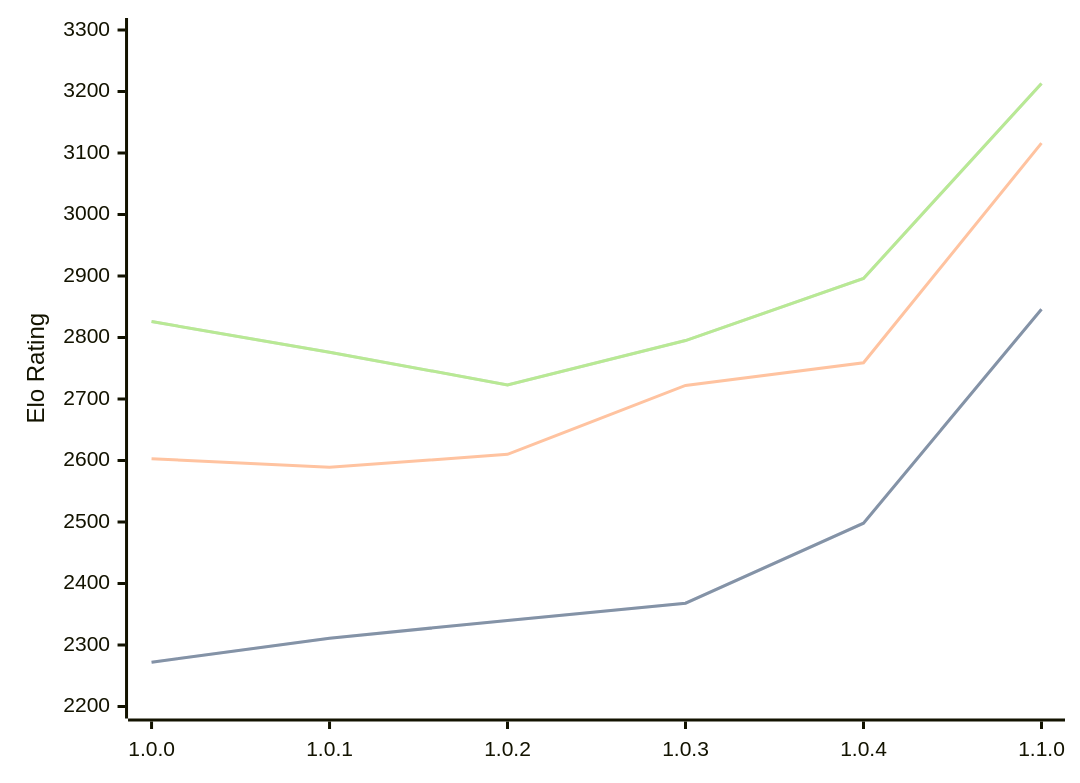
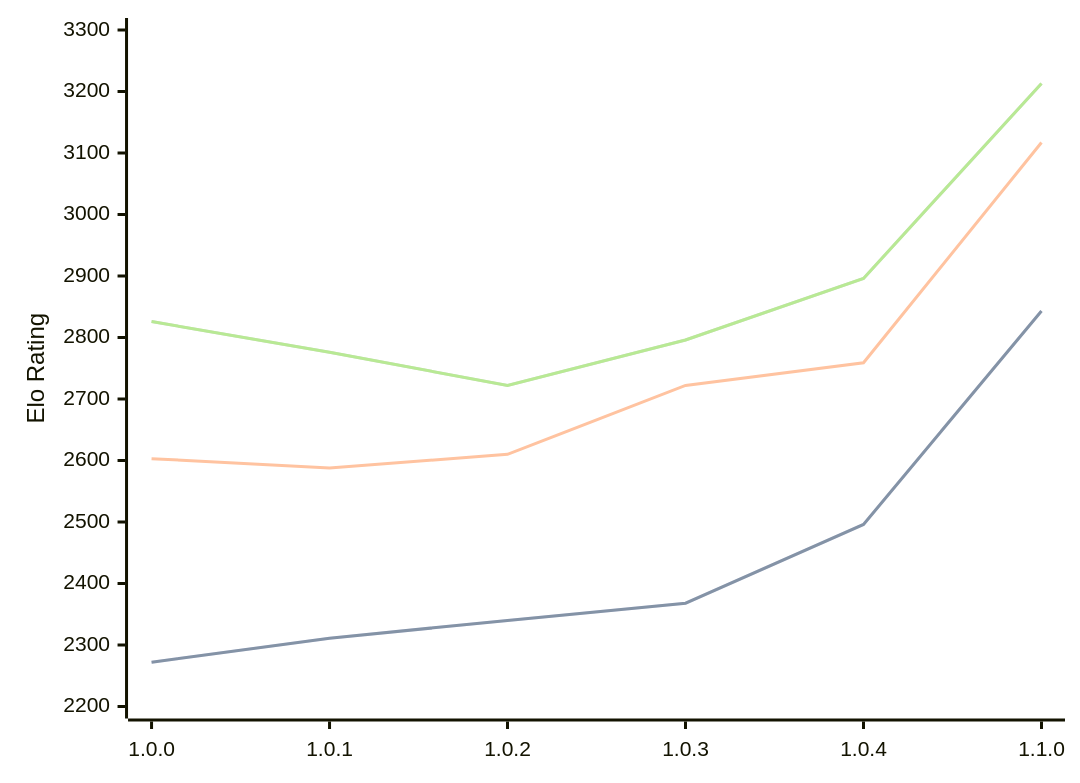
The diagram in engines/Grail.md (computer-chess-index/cci), drawn with Mermaid before and after one commit. The commit also changed other lines of this file, not shown here.

Commit message:
Update CCI Ratings (ELO VLTC) - 2026-04-21

````diff
--- a/engines/Grail.md
+++ b/engines/Grail.md
@@ -36,11 +36,11 @@
 ```mermaid
 %%{init: {"theme":"base","themeVariables":{"seriesColors:['#a3a3a3','#222221','#faa371']}}}%%
 xychart-beta
   x-axis ["1.0.0", "1.0.1", "1.0.2", "1.0.3", "1.0.4", "1.1.0"]
   y-axis "Elo Rating" 2200 --> 3300
-  line "STC (8.0+0.08s)" [2272, 2311, 2340, 2368, 2498, 2846]
-  line "STC (8.0+0.08s)" [2272, 2311, 2340, 2368, 2498, 2846]
-  line "LTC (60.0+0.60s)" [2603, 2589, 2610, 2722, 2759, 3116]
-  line "VLTC (2m24s+1.12s)" [2826, 2776, 2723, 2795, 2896, 3213]
-  line "VLTC (2m24s+1.12s)" [2826, 2776, 2723, 2795, 2896, 3213]
+  line "STC (8.0+0.08s)" [2272, 2311, 2340, 2368, 2496, 2843]
+  line "STC (8.0+0.08s)" [2272, 2311, 2340, 2368, 2496, 2843]
+  line "LTC (60.0+0.60s)" [2603, 2588, 2610, 2722, 2759, 3117]
+  line "VLTC (2m24s+1.12s)" [2826, 2776, 2722, 2796, 2896, 3213]
+  line "VLTC (2m24s+1.12s)" [2826, 2776, 2722, 2796, 2896, 3213]
 ```
````
